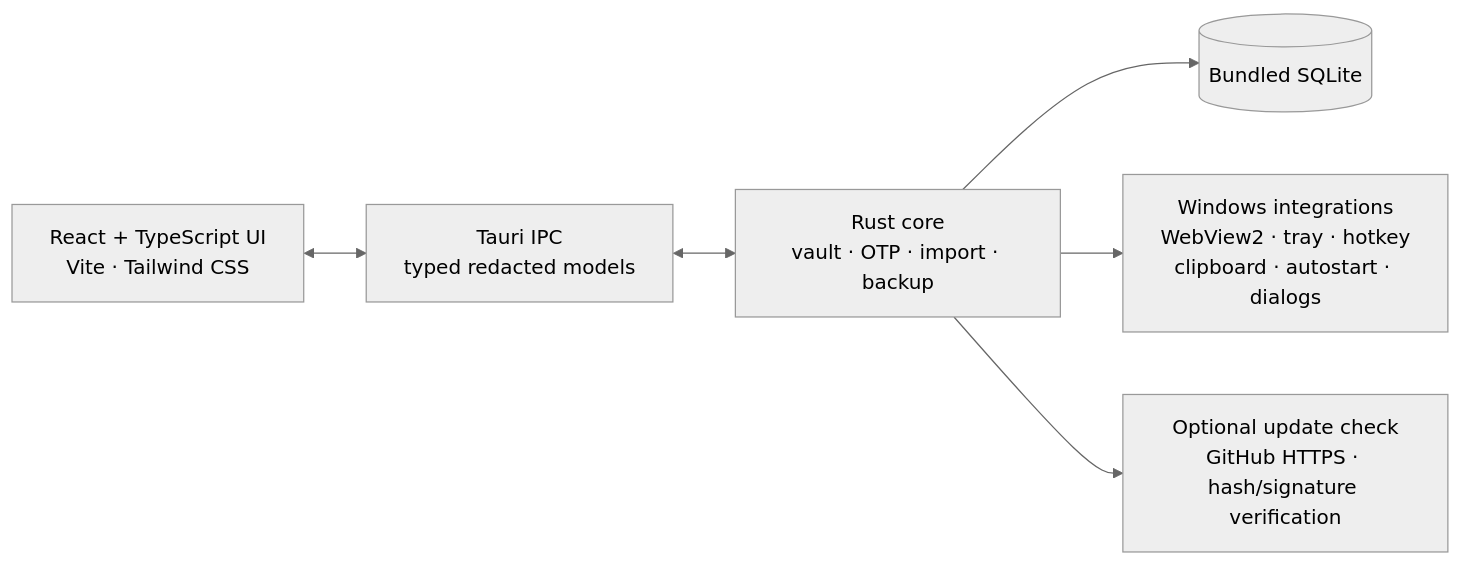
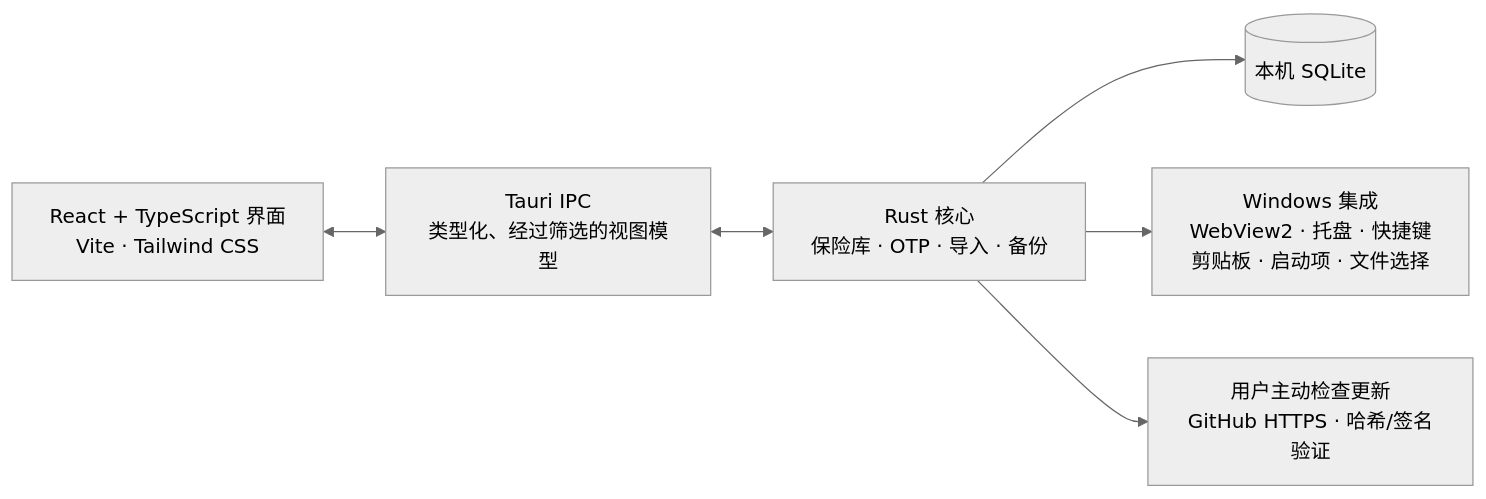
The diagram in README.md (yuchen0x1/authenticator-desk), drawn with Mermaid (neutral theme) before and after one commit. The commit also changed other lines of this file and 19 other files, not shown here.

````diff
--- a/README.md
+++ b/README.md
@@ -149,15 +166,15 @@
 ```mermaid
 flowchart LR
-    UI["React + TypeScript UI<br/>Vite · Tailwind CSS"]
-    IPC["Tauri IPC<br/>typed redacted models"]
-    CORE["Rust core<br/>vault · OTP · import · backup"]
-    DB[("Bundled SQLite")]
-    OS["Windows integrations<br/>WebView2 · tray · hotkey<br/>clipboard · autostart · dialogs"]
-    UPDATE["Optional update check<br/>GitHub HTTPS · hash/signature verification"]
+    UI["React + TypeScript 界面<br/>Vite · Tailwind CSS"]
+    IPC["Tauri IPC<br/>类型化、经过筛选的视图模型"]
+    CORE["Rust 核心<br/>保险库 · OTP · 导入 · 备份"]
+    DB[("本机 SQLite")]
+    OS["Windows 集成<br/>WebView2 · 托盘 · 快捷键<br/>剪贴板 · 启动项 · 文件选择"]
+    UPDATE["用户主动检查更新<br/>GitHub HTTPS · 哈希/签名验证"]
 
     UI <--> IPC
     IPC <--> CORE
     CORE --> DB
     CORE --> OS
     CORE --> UPDATE
 ```
````
